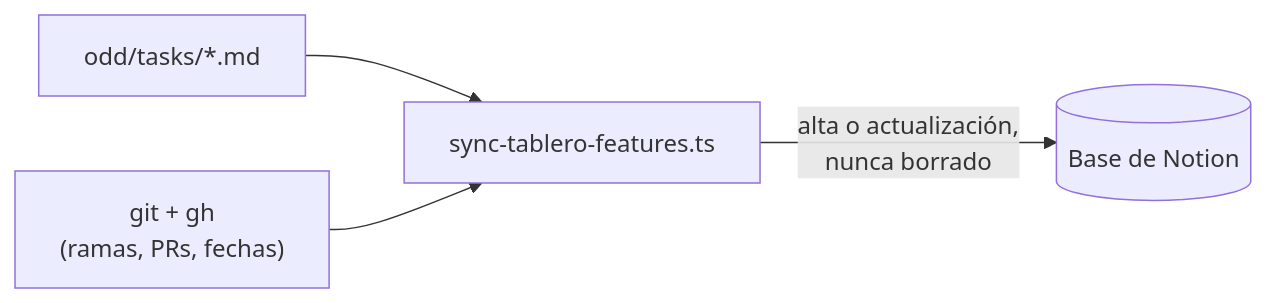
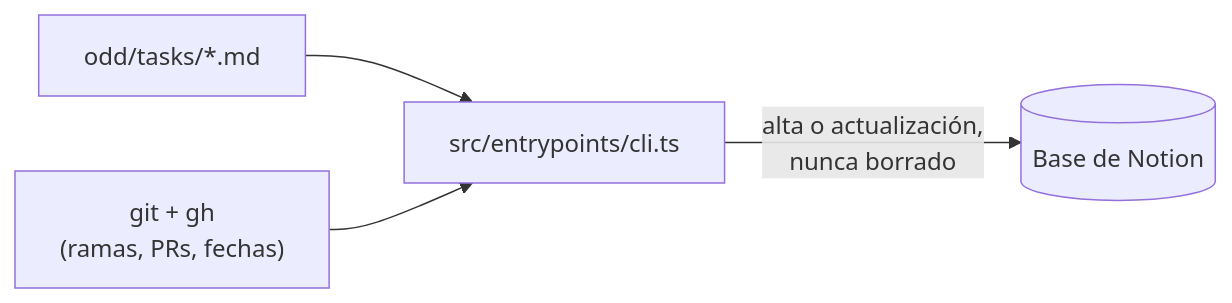
Before and after one commit to AlexMendizabal/Tablero-Automatico-Notion: the diagram in README.es.md, drawn with Mermaid. The commit also changed other lines of this file and 5 other files, not shown here.

Commit message:
refactor(cli): move entrypoint to src/entrypoints/cli and remove the monolithic sync script

````diff
--- a/README.es.md
+++ b/README.es.md
@@ -42,6 +42,6 @@
 ```mermaid
 flowchart LR
-    A["odd/tasks/*.md"] --> C["sync-tablero-features.ts"]
+    A["odd/tasks/*.md"] --> C["src/entrypoints/cli.ts"]
     B["git + gh<br/>(ramas, PRs, fechas)"] --> C
     C -->|"alta o actualización,<br/>nunca borrado"| D[("Base de Notion")]
 ```
````
